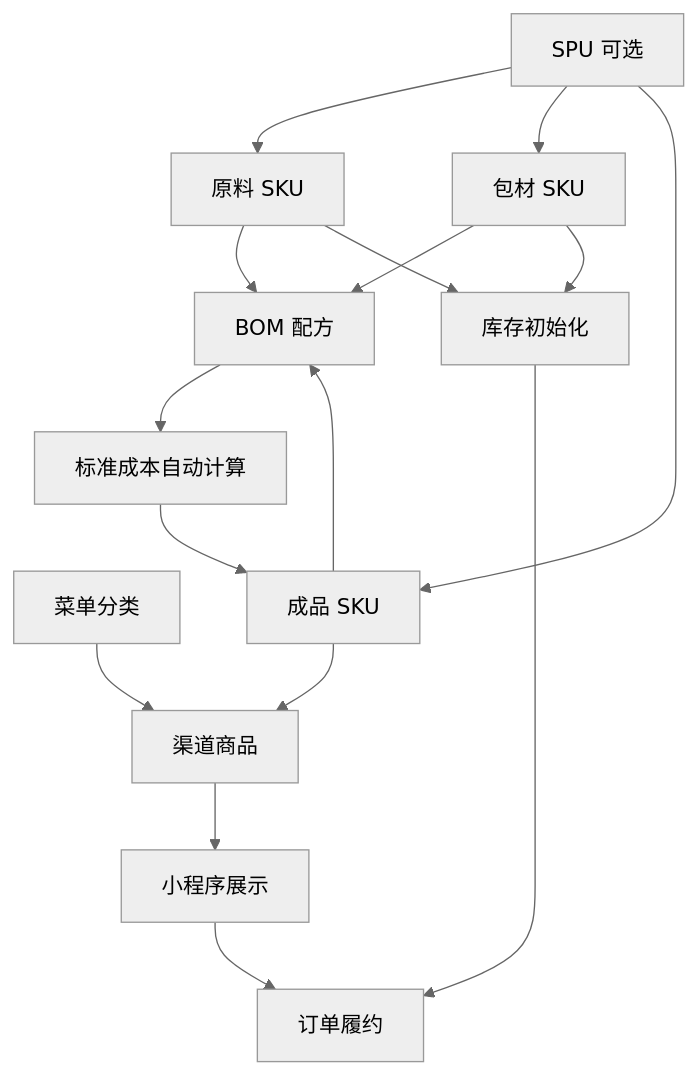
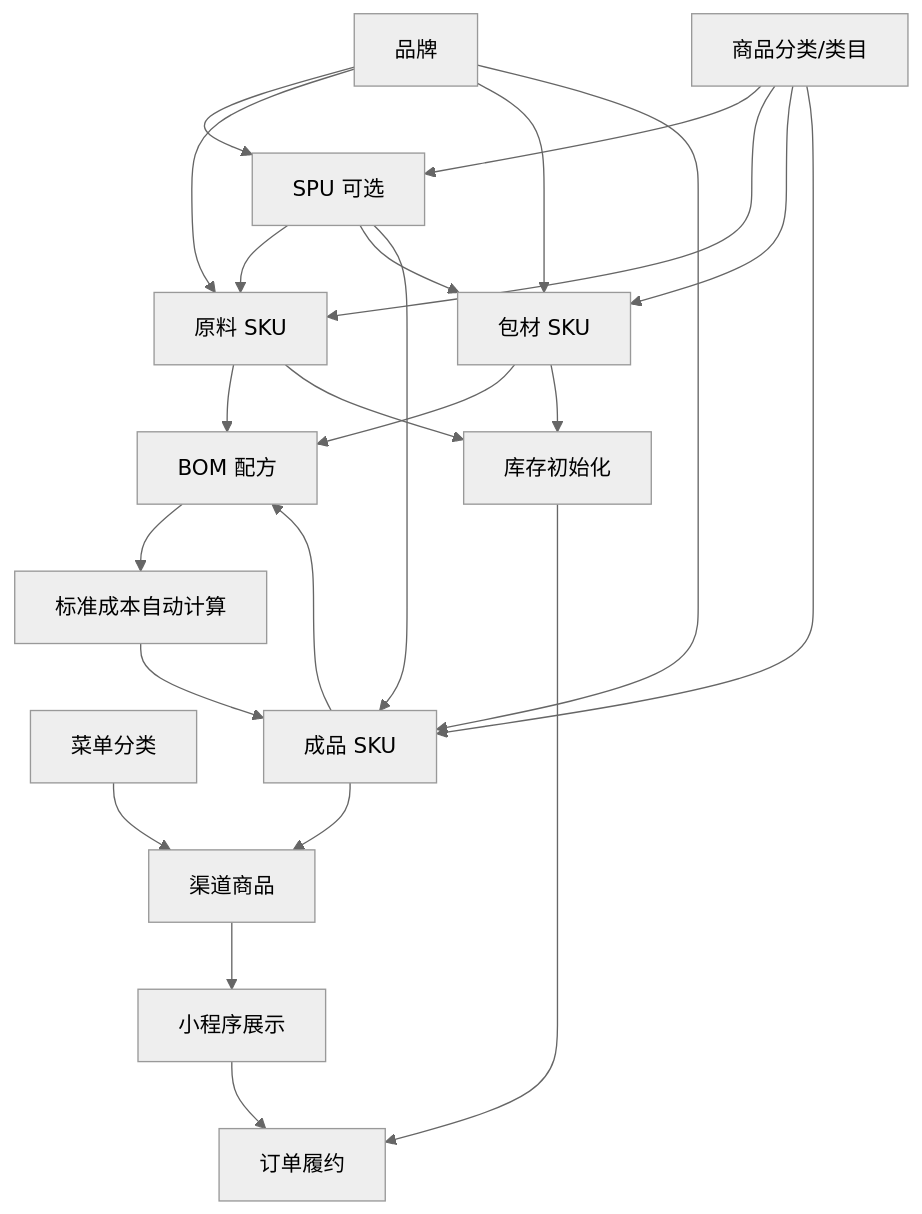
Before and after one commit to 30675137/Cinema_Bussiness_Center_Platform: the diagram in docs/运营文档/商品上架全流程配置指南.md, drawn with Mermaid (neutral theme). The commit also changed other lines of this file, not shown here.

````diff
--- a/docs/运营文档/商品上架全流程配置指南.md
+++ b/docs/运营文档/商品上架全流程配置指南.md
@@ -1344,18 +1637,26 @@
 ```mermaid
 graph TD
     A[菜单分类] --> J[渠道商品]
-    A1[SPU 可选] --> B[原料 SKU]
+    A0[品牌] --> A1[SPU 可选]
+    A00[商品分类/类目] --> A1
+    A1 --> B[原料 SKU]
     A1 --> C[包材 SKU]
     A1 --> E[成品 SKU]
+    A0 --> B
+    A0 --> C
+    A0 --> E
+    A00 --> B
+    A00 --> C
+    A00 --> E
     B --> F[BOM 配方]
     C --> F
     E --> F
     F --> G[标准成本自动计算]
     G --> E
     B --> H[库存初始化]
     C --> H
     H --> K[订单履约]
     E --> J
     J --> I[小程序展示]
     I --> K
 ```
````
